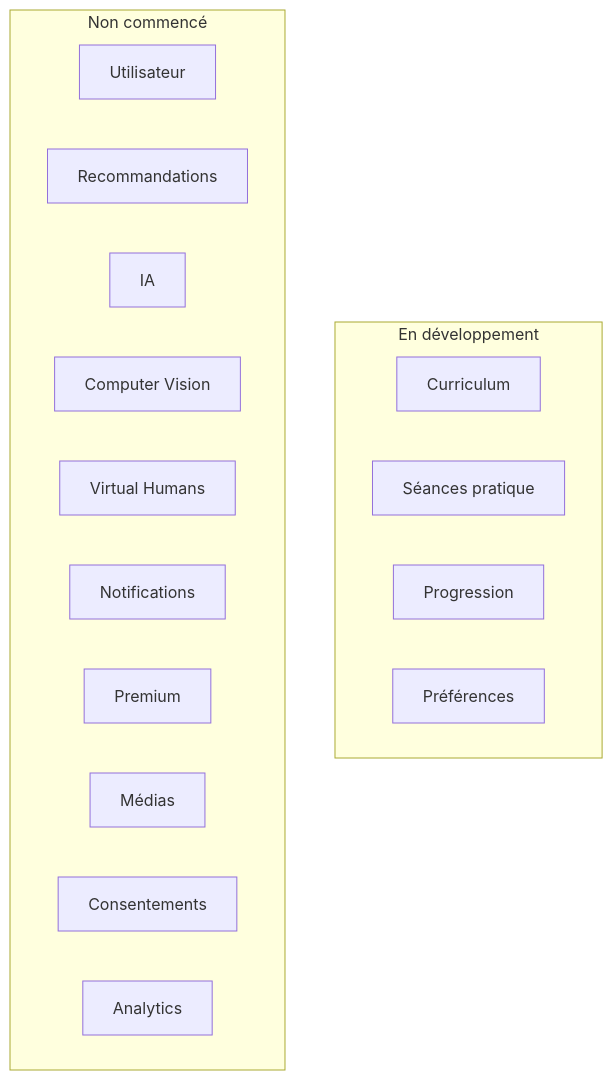
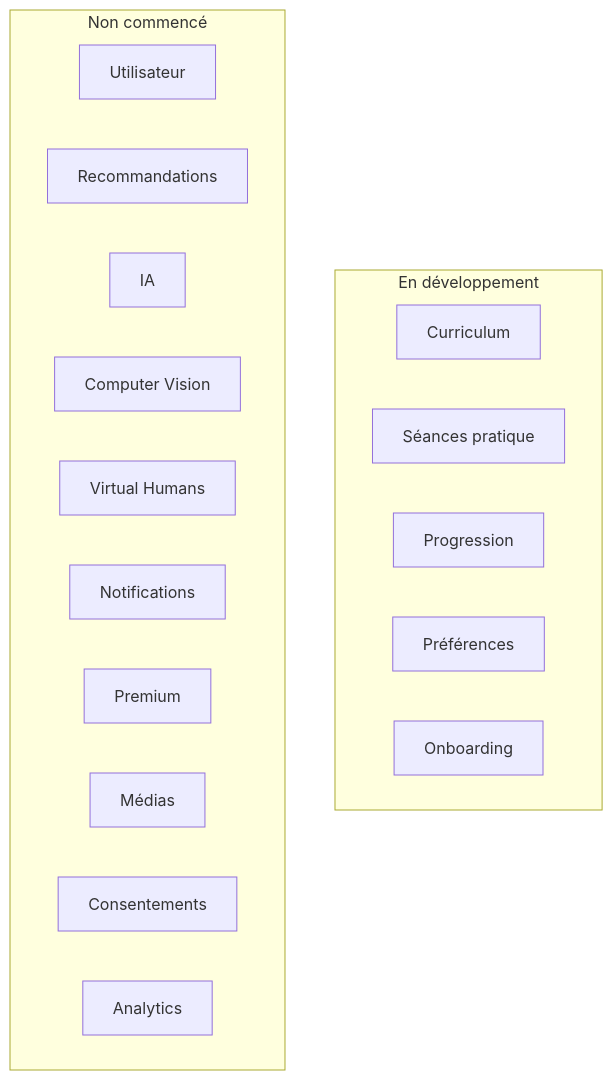
Before and after one commit to JavaChrist/Tai-Chi-AI-Coach: the first of 5 diagrams in docs/runtime/03_DATA_STATUS.md, drawn with Mermaid. The commit also changed other lines of this file and 39 other files, not shown here.

First line of the commit message:
feat(onboarding): add local guided onboarding flow

````diff
--- a/docs/runtime/03_DATA_STATUS.md
+++ b/docs/runtime/03_DATA_STATUS.md
@@ -80,21 +82,22 @@
 ```mermaid
 flowchart TB
   subgraph EnDev[En développement]
     C[Curriculum]
     S[Séances pratique]
     PR[Progression]
     PF[Préférences]
+    OB[Onboarding]
   end
   subgraph NonCommence[Non commencé]
     U[Utilisateur]
     R[Recommandations]
     IA[IA]
     CV[Computer Vision]
     VH[Virtual Humans]
     N[Notifications]
     PRE[Premium]
     M[Médias]
     CO[Consentements]
     A[Analytics]
   end
 ```
````
